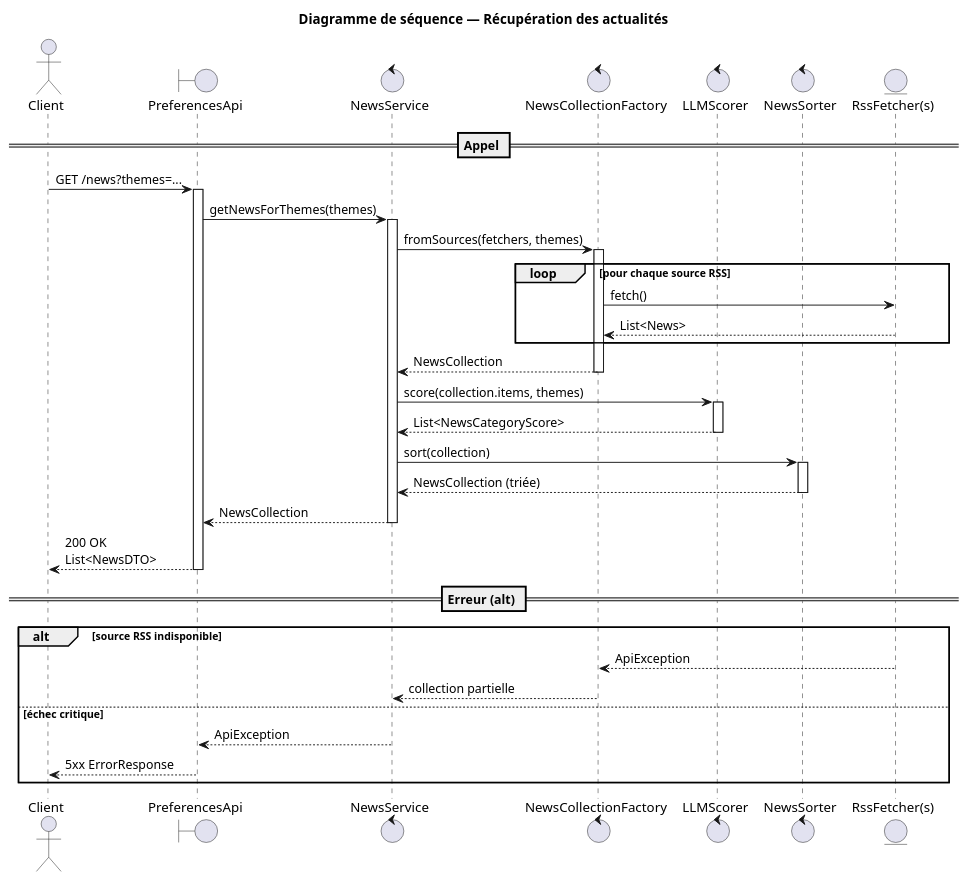
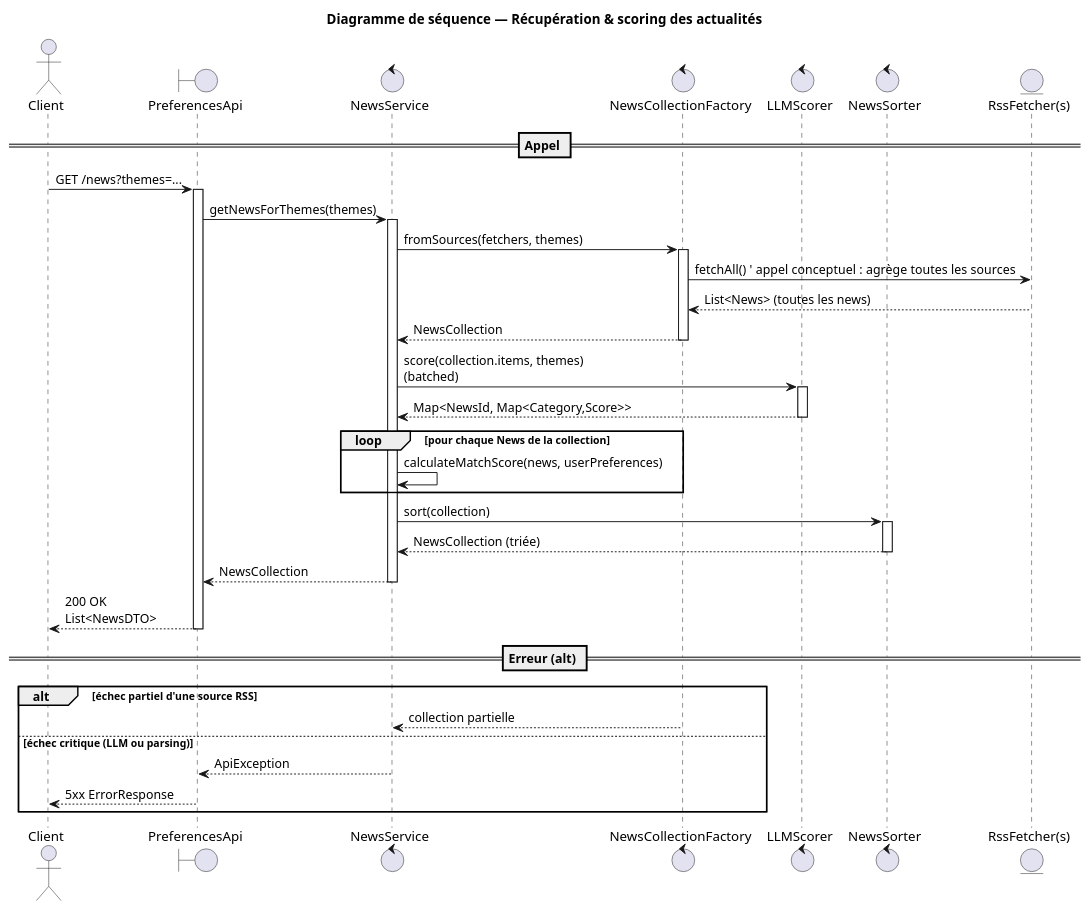
One commit to julesRumeau1/IA-RUMEAU-RESTOUEIX-ENJALBERT changed the diagram in src/docs/diagramme_de_sequence.plantuml. Above: the diagram before and after it, drawn with PlantUML. The commit also changed 1 other file, not shown here.

```diff
--- a/src/docs/diagramme_de_sequence.plantuml
+++ b/src/docs/diagramme_de_sequence.plantuml
@@ -1,55 +1,58 @@
 @startuml
-title Diagramme de séquence — Récupération des actualités
+title Diagramme de séquence — Récupération & scoring des actualités
 
 actor Client
 boundary "PreferencesApi" as API
 control "NewsService" as Service
 control "NewsCollectionFactory" as Factory
 control "LLMScorer" as Scorer
 control "NewsSorter" as Sorter
 entity "RssFetcher(s)" as Fetchers
 
 == Appel ==
 Client -> API : GET /news?themes=...
 activate API
 
 API -> Service : getNewsForThemes(themes)
 activate Service
 
+' --- Récupération en un seul batch ---
 Service -> Factory : fromSources(fetchers, themes)
 activate Factory
-
-loop pour chaque source RSS
-  Factory -> Fetchers : fetch()
-  Fetchers --> Factory : List<News>
-end
-
+Factory -> Fetchers : fetchAll()  ' appel conceptuel : agrège toutes les sources
+Fetchers --> Factory : List<News> (toutes les news)
 Factory --> Service : NewsCollection
 deactivate Factory
 
-Service -> Scorer : score(collection.items, themes)
+' --- Scoring & matching ---
+' Le LLM peut être appelé en batch (une fois) pour toutes les news,
+' mais le "matching" utilisateur (calculateMatchScore) s'applique par news.
+Service -> Scorer : score(collection.items, themes)\n(batched)
 activate Scorer
-Scorer --> Service : List<NewsCategoryScore>
+Scorer --> Service : Map<NewsId, Map<Category,Score>>
 deactivate Scorer
+
+loop pour chaque News de la collection
+  Service -> Service : calculateMatchScore(news, userPreferences)
+end
 
 Service -> Sorter : sort(collection)
 activate Sorter
 Sorter --> Service : NewsCollection (triée)
 deactivate Sorter
 
 Service --> API : NewsCollection
 deactivate Service
 
 API --> Client : 200 OK\nList<NewsDTO>
 deactivate API
 
 == Erreur (alt) ==
-alt source RSS indisponible
-  Fetchers --> Factory : ApiException
+alt échec partiel d'une source RSS
   Factory --> Service : collection partielle
-else échec critique
+else échec critique (LLM ou parsing)
   Service --> API : ApiException
   API --> Client : 5xx ErrorResponse
 end
 
 @enduml
```
